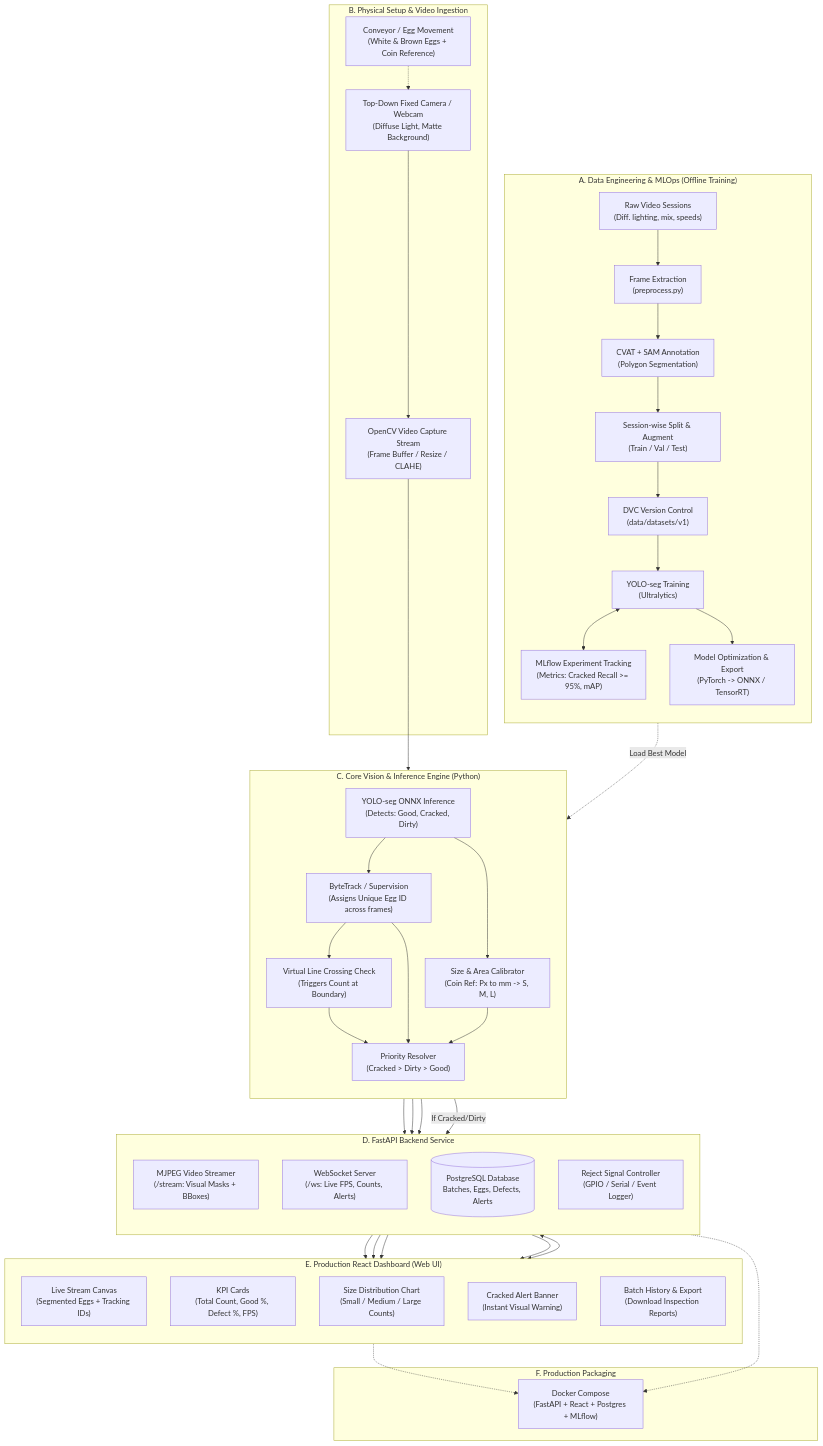
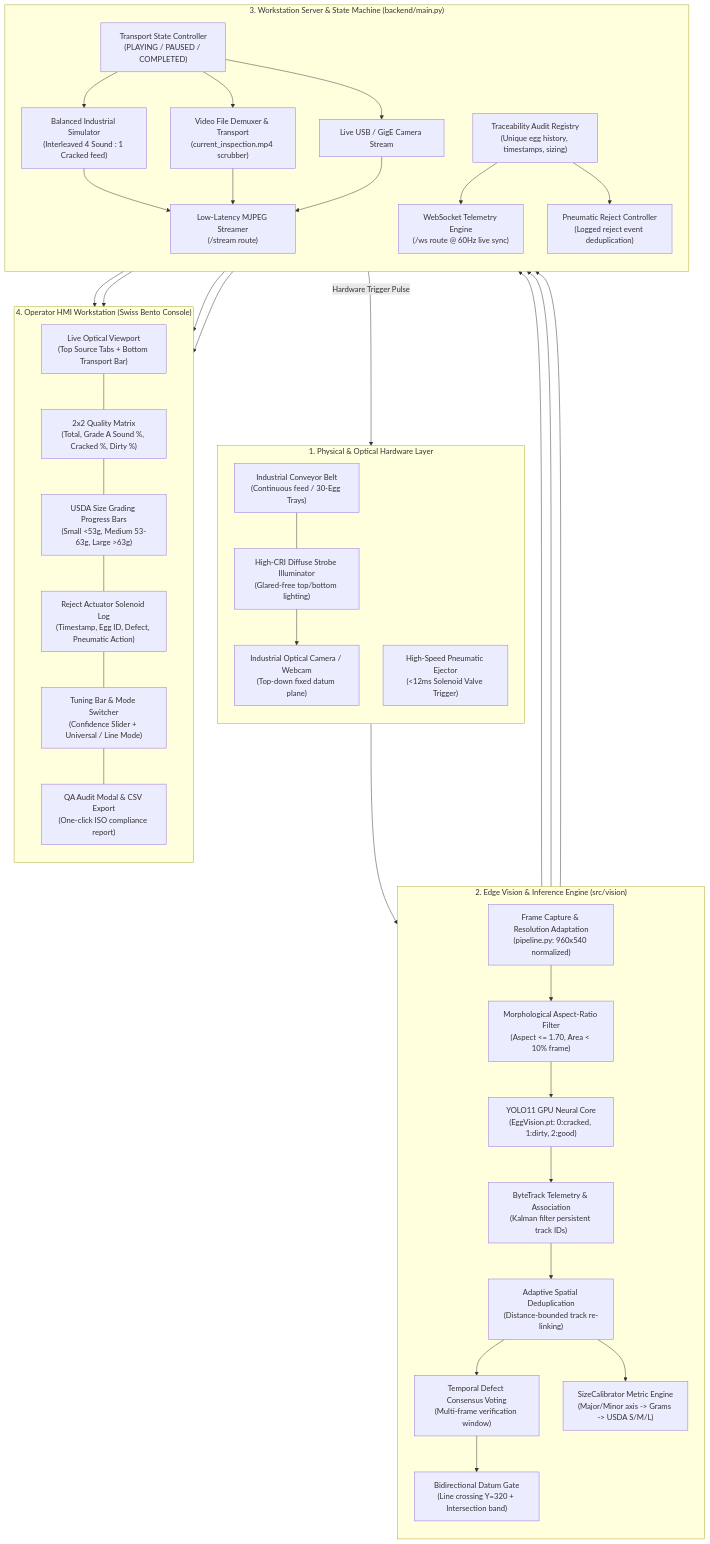
Before and after one commit to jonnalagaddalakshmisaimadhu/Smart-Egg-Inspection-Sorting-System: the first of 2 diagrams in README.md, drawn with Mermaid. The commit also changed other lines of this file, not shown here.

Commit message:
docs: comprehensive end-to-end implementation architecture, workflow diagrams, accuracies, and file structure

````diff
--- a/README.md
+++ b/README.md
@@ -44,96 +62,84 @@
 ```mermaid
 flowchart TD
-    %% -------------------------------------------------------------
-    %% LAYER 1: DATA & MLOps PIPELINE (OFFLINE)
-    %% -------------------------------------------------------------
-    subgraph DataMLOps["A. Data Engineering & MLOps (Offline Training)"]
+    %% ==========================================
+    %% PHYSICAL & HARDWARE SENSING LAYER
+    %% ==========================================
+    subgraph HW["1. Physical & Optical Hardware Layer"]
         direction TB
-        RAW["Raw Video Sessions<br/>(Diff. lighting, mix, speeds)"]
-        EXTRACT["Frame Extraction<br/>(preprocess.py)"]
-        ANNOT["CVAT + SAM Annotation<br/>(Polygon Segmentation)"]
-        SPLIT["Session-wise Split & Augment<br/>(Train / Val / Test)"]
-        DVC["DVC Version Control<br/>(data/datasets/v1)"]
-        TRAIN["YOLO-seg Training<br/>(Ultralytics)"]
-        MLFLOW["MLflow Experiment Tracking<br/>(Metrics: Cracked Recall >= 95%, mAP)"]
-        EXPORT["Model Optimization & Export<br/>(PyTorch -> ONNX / TensorRT)"]
+        CONV["Industrial Conveyor Belt<br/>(Continuous feed / 30-Egg Trays)"]
+        LIGHT["High-CRI Diffuse Strobe Illuminator<br/>(Glared-free top/bottom lighting)"]
+        CAM["Industrial Optical Camera / Webcam<br/>(Top-down fixed datum plane)"]
+        SOLENOID["High-Speed Pneumatic Ejector<br/>(<12ms Solenoid Valve Trigger)"]
 
-        RAW --> EXTRACT --> ANNOT --> SPLIT --> DVC --> TRAIN
-        TRAIN <--> MLFLOW
-        TRAIN --> EXPORT
+        CONV --- LIGHT
+        LIGHT --> CAM
     end
 
-    %% -------------------------------------------------------------
-    %% LAYER 2: PHYSICAL & VIDEO INGESTION
-    %% -------------------------------------------------------------
-    subgraph Ingestion["B. Physical Setup & Video Ingestion"]
-        CAM["Top-Down Fixed Camera / Webcam<br/>(Diffuse Light, Matte Background)"]
-        CONV["Conveyor / Egg Movement<br/>(White & Brown Eggs + Coin Reference)"]
-        STREAM["OpenCV Video Capture Stream<br/>(Frame Buffer / Resize / CLAHE)"]
+    %% ==========================================
+    %% REAL-TIME EDGE INFERENCE PIPELINE
+    %% ==========================================
+    subgraph EDGE["2. Edge Vision & Inference Engine (src/vision)"]
+        direction TB
+        CAP["Frame Capture & Resolution Adaptation<br/>(pipeline.py: 960x540 normalized)"]
+        MORPH["Morphological Aspect-Ratio Filter<br/>(Aspect <= 1.70, Area < 10% frame)"]
+        YOLO["YOLO11 GPU Neural Core<br/>(EggVision.pt: 0:cracked, 1:dirty, 2:good)"]
+        TRACK["ByteTrack Telemetry & Association<br/>(Kalman filter persistent track IDs)"]
+        DEDUP["Adaptive Spatial Deduplication<br/>(Distance-bounded track re-linking)"]
+        CONSENSUS["Temporal Defect Consensus Voting<br/>(Multi-frame verification window)"]
+        LINE["Bidirectional Datum Gate<br/>(Line crossing Y=320 + Intersection band)"]
+        CALIB["SizeCalibrator Metric Engine<br/>(Major/Minor axis -> Grams -> USDA S/M/L)"]
 
-        CONV -.-> CAM --> STREAM
+        CAP --> MORPH --> YOLO --> TRACK --> DEDUP
+        DEDUP --> CONSENSUS
+        DEDUP --> CALIB
+        CONSENSUS --> LINE
     end
 
-    %% -------------------------------------------------------------
-    %% LAYER 3: REAL-TIME VISION INFERENCE ENGINE
-    %% -------------------------------------------------------------
-    subgraph VisionEngine["C. Core Vision & Inference Engine (Python)"]
+    CAM --> CAP
+
+    %% ==========================================
+    %% BACKEND & TELEMETRY DISPATCH SERVICE
+    %% ==========================================
+    subgraph SERVER["3. Workstation Server & State Machine (backend/main.py)"]
         direction TB
-        DET["YOLO-seg ONNX Inference<br/>(Detects: Good, Cracked, Dirty)"]
-        TRACK["ByteTrack / Supervision<br/>(Assigns Unique Egg ID across frames)"]
-        LINE["Virtual Line Crossing Check<br/>(Triggers Count at Boundary)"]
-        CALIB["Size & Area Calibrator<br/>(Coin Ref: Px to mm -> S, M, L)"]
-        LOGIC["Priority Resolver<br/>(Cracked > Dirty > Good)"]
+        STATE["Transport State Controller<br/>(PLAYING / PAUSED / COMPLETED)"]
+        FEED_SIM["Balanced Industrial Simulator<br/>(Interleaved 4 Sound : 1 Cracked feed)"]
+        FEED_VID["Video File Demuxer & Transport<br/>(current_inspection.mp4 scrubber)"]
+        FEED_CAM["Live USB / GigE Camera Stream"]
+        MJPEG["Low-Latency MJPEG Streamer<br/>(/stream route)"]
+        WS["WebSocket Telemetry Engine<br/>(/ws route @ 60Hz live sync)"]
+        REGISTRY["Traceability Audit Registry<br/>(Unique egg history, timestamps, sizing)"]
+        ACTUATOR["Pneumatic Reject Controller<br/>(Logged reject event deduplication)"]
 
-        STREAM --> DET
-        DET --> TRACK
-        TRACK --> LINE
-        DET --> CALIB
-        TRACK & CALIB & LINE --> LOGIC
+        STATE --> FEED_SIM & FEED_VID & FEED_CAM
+        FEED_SIM & FEED_VID & FEED_CAM --> MJPEG
+        LINE & CALIB --> REGISTRY
+        REGISTRY --> WS
+        REGISTRY --> ACTUATOR
     end
 
-    EXPORT -.->|Load Best Model| DET
+    EDGE --> SERVER
+    ACTUATOR -->|Hardware Trigger Pulse| SOLENOID
 
-    %% -------------------------------------------------------------
-    %% LAYER 4: APPLICATION BACKEND (FASTAPI)
-    %% -------------------------------------------------------------
-    subgraph Backend["D. FastAPI Backend Service"]
+    %% ==========================================
+    %% INDUSTRIAL OPERATOR CONSOLE (UI)
+    %% ==========================================
+    subgraph UI["4. Operator HMI Workstation (Swiss Bento Console)"]
         direction TB
-        MJPEG["MJPEG Video Streamer<br/>(/stream: Visual Masks + BBoxes)"]
-        WS["WebSocket Server<br/>(/ws: Live FPS, Counts, Alerts)"]
-        DB[(PostgreSQL Database<br/>Batches, Eggs, Defects, Alerts)]
-        SORT["Reject Signal Controller<br/>(GPIO / Serial / Event Logger)"]
+        VIEW["Live Optical Viewport<br/>(Top Source Tabs + Bottom Transport Bar)"]
+        KPI["2x2 Quality Matrix<br/>(Total, Grade A Sound %, Cracked %, Dirty %)"]
+        SIZE["USDA Size Grading Progress Bars<br/>(Small <53g, Medium 53-63g, Large >63g)"]
+        LOG["Reject Actuator Solenoid Log<br/>(Timestamp, Egg ID, Defect, Pneumatic Action)"]
+        TUNING["Tuning Bar & Mode Switcher<br/>(Confidence Slider + Universal / Line Mode)"]
+        AUDIT["QA Audit Modal & CSV Export<br/>(One-click ISO compliance report)"]
 
-        LOGIC --> MJPEG
-        LOGIC --> WS
-        LOGIC --> DB
-        LOGIC -->|If Cracked/Dirty| SORT
+        VIEW --- KPI
+        KPI --- SIZE
+        SIZE --- LOG
+        LOG --- TUNING
+        TUNING --- AUDIT
     end
 
-    %% -------------------------------------------------------------
-    %% LAYER 5: USER INTERFACE (REACT DASHBOARD)
-    %% -------------------------------------------------------------
-    subgraph Frontend["E. Production React Dashboard (Web UI)"]
-        direction TB
-        UI_FEED["Live Stream Canvas<br/>(Segmented Eggs + Tracking IDs)"]
-        UI_KPI["KPI Cards<br/>(Total Count, Good %, Defect %, FPS)"]
-        UI_CHART["Size Distribution Chart<br/>(Small / Medium / Large Counts)"]
-        UI_ALERT["Cracked Alert Banner<br/>(Instant Visual Warning)"]
-        UI_HIST["Batch History & Export<br/>(Download Inspection Reports)"]
-
-        MJPEG --> UI_FEED
-        WS --> UI_KPI
-        WS --> UI_CHART
-        WS --> UI_ALERT
-        DB <--> UI_HIST
-    end
-
-    %% -------------------------------------------------------------
-    %% LAYER 6: PACKAGING
-    %% -------------------------------------------------------------
-    subgraph Deploy["F. Production Packaging"]
-        DOCKER["Docker Compose<br/>(FastAPI + React + Postgres + MLflow)"]
-    end
-
-    Backend -.-> DOCKER
-    Frontend -.-> DOCKER
+    MJPEG --> VIEW
+    WS --> KPI & SIZE & LOG
 ```
````
